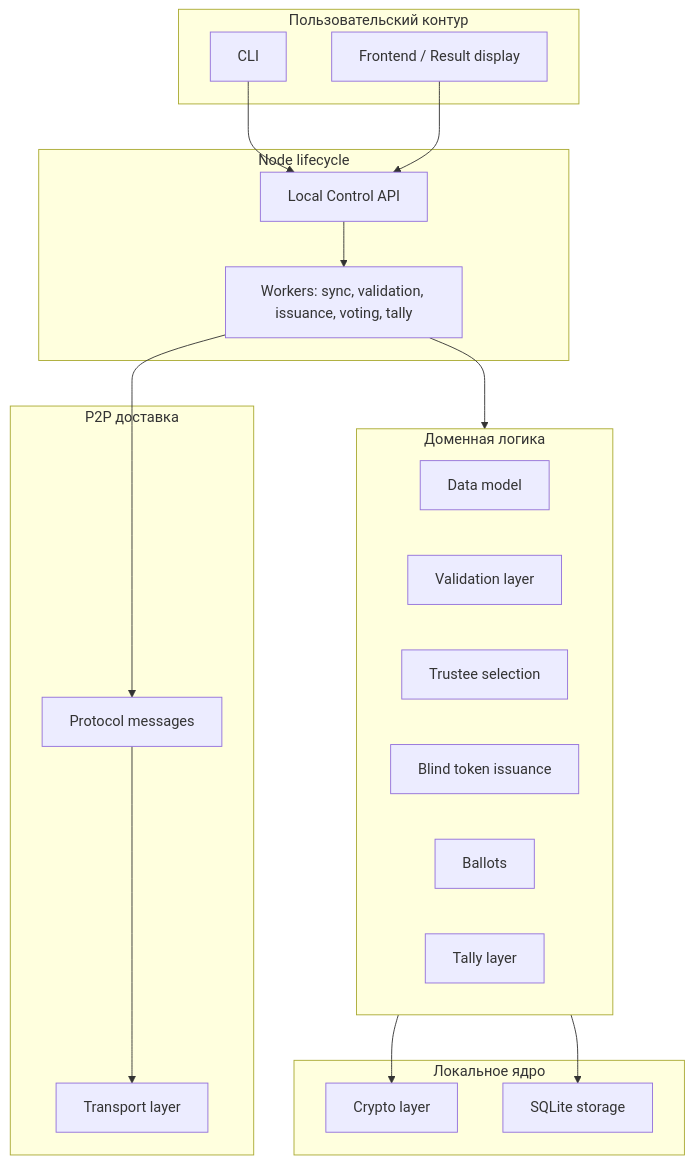
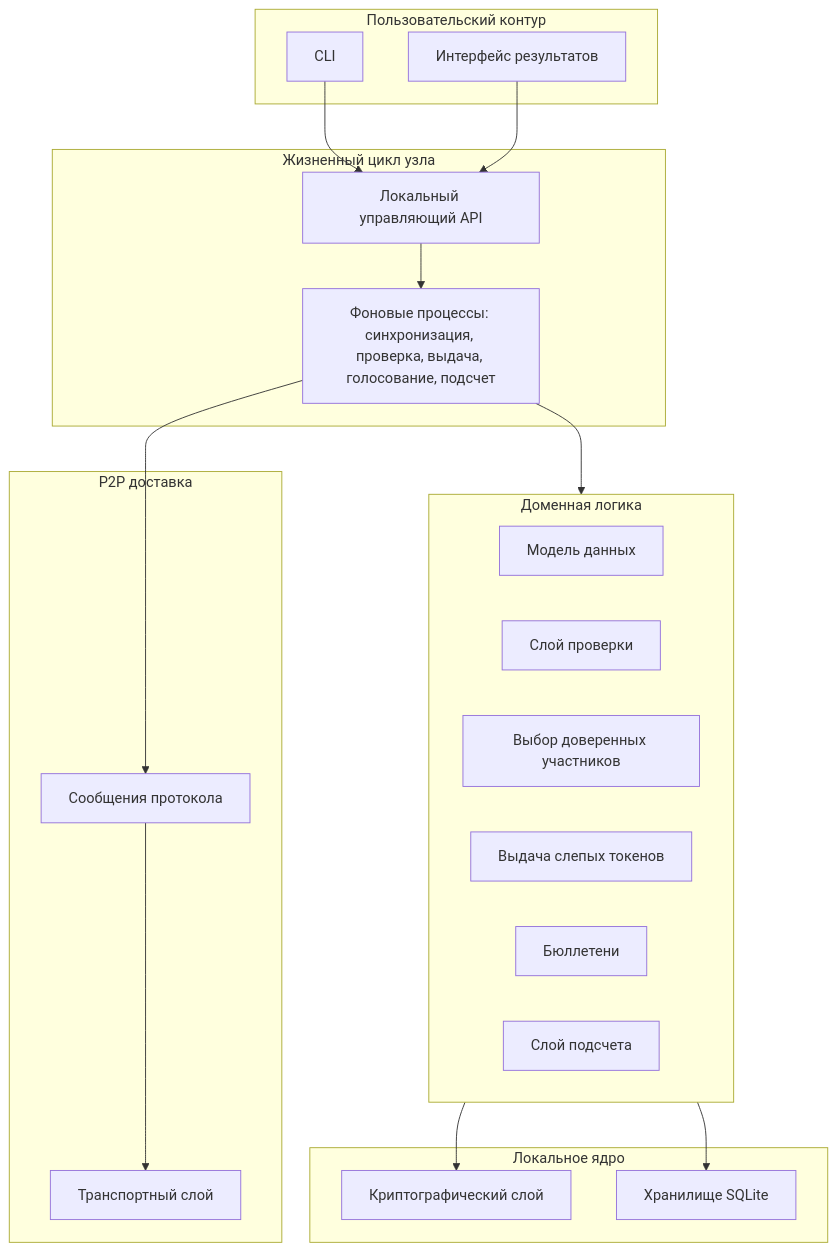
One commit to arshtanko/librevote changed the second of 17 diagrams in librevote-presentation-ru.md. Above: the diagram before and after it, drawn with Mermaid. The commit also changed other lines of this file, not shown here.

````diff
--- a/librevote-presentation-ru.md
+++ b/librevote-presentation-ru.md
@@ -33,38 +45,38 @@
 ```mermaid
 flowchart TB
   subgraph UX[Пользовательский контур]
     CLI[CLI]
-    UI[Frontend / Result display]
+    UI[Интерфейс результатов]
   end
 
-  subgraph NODE[Node lifecycle]
-    Workers[Workers: sync, validation, issuance, voting, tally]
-    Control[Local Control API]
+  subgraph NODE[Жизненный цикл узла]
+    Workers[Фоновые процессы: синхронизация, проверка, выдача, голосование, подсчет]
+    Control[Локальный управляющий API]
   end
 
   subgraph DOMAIN[Доменная логика]
-    Data[Data model]
-    Validation[Validation layer]
-    Trustee[Trustee selection]
-    Blind[Blind token issuance]
-    Ballots[Ballots]
-    Tally[Tally layer]
+    Data[Модель данных]
+    Validation[Слой проверки]
+    Trustee[Выбор доверенных участников]
+    Blind[Выдача слепых токенов]
+    Ballots[Бюллетени]
+    Tally[Слой подсчета]
   end
 
   subgraph CORE[Локальное ядро]
-    Crypto[Crypto layer]
-    Storage[SQLite storage]
+    Crypto[Криптографический слой]
+    Storage[Хранилище SQLite]
   end
 
   subgraph P2P[P2P доставка]
-    Protocol[Protocol messages]
-    Transport[Transport layer]
+    Protocol[Сообщения протокола]
+    Transport[Транспортный слой]
   end
 
   CLI --> Control --> Workers
   UI --> Control
   Workers --> DOMAIN
   DOMAIN --> Crypto
   DOMAIN --> Storage
   Workers --> Protocol --> Transport
 ```
````
